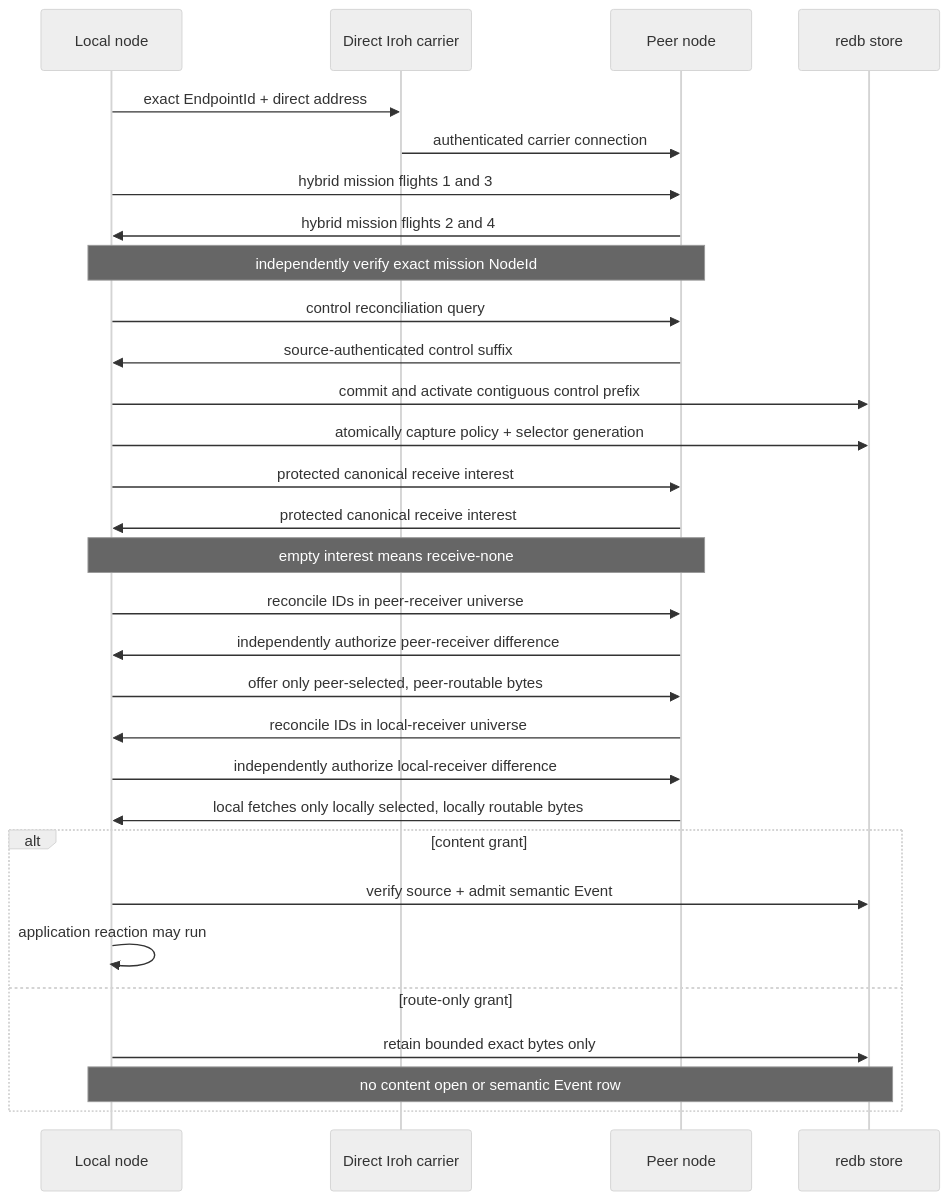
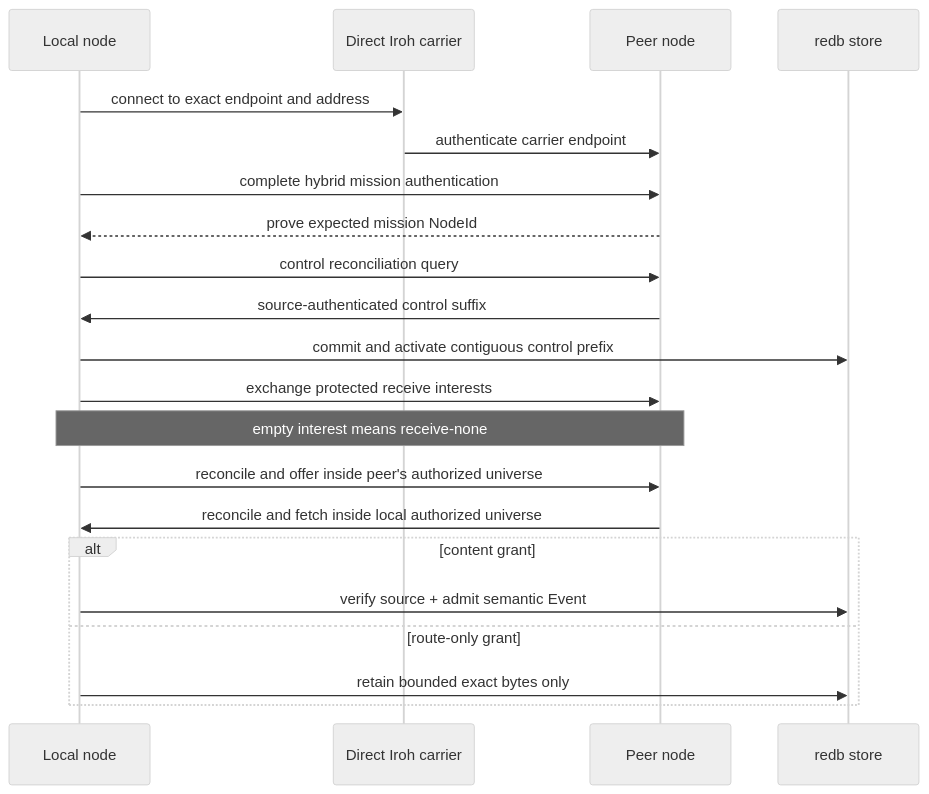
Before and after one commit to asirak-astertech/aster: the seventh of 8 diagrams in docs/architecture.md, drawn with Mermaid (neutral theme). The commit also changed other lines of this file and 12 other files, not shown here.

````diff
--- a/docs/architecture.md
+++ b/docs/architecture.md
@@ -380,33 +350,24 @@
 ```mermaid
 sequenceDiagram
     participant L as Local node
     participant C as Direct Iroh carrier
     participant P as Peer node
     participant S as redb store
 
-    L->>C: exact EndpointId + direct address
-    C->>P: authenticated carrier connection
-    L->>P: hybrid mission flights 1 and 3
-    P->>L: hybrid mission flights 2 and 4
-    Note over L,P: independently verify exact mission NodeId
+    L->>C: connect to exact endpoint and address
+    C->>P: authenticate carrier endpoint
+    L->>P: complete hybrid mission authentication
+    P-->>L: prove expected mission NodeId
     L->>P: control reconciliation query
     P->>L: source-authenticated control suffix
     L->>S: commit and activate contiguous control prefix
-    L->>S: atomically capture policy + selector generation
-    L->>P: protected canonical receive interest
-    P->>L: protected canonical receive interest
+    L->>P: exchange protected receive interests
     Note over L,P: empty interest means receive-none
-    L->>P: reconcile IDs in peer-receiver universe
-    P->>L: independently authorize peer-receiver difference
-    L->>P: offer only peer-selected, peer-routable bytes
-    P->>L: reconcile IDs in local-receiver universe
-    L->>P: independently authorize local-receiver difference
-    P->>L: local fetches only locally selected, locally routable bytes
+    L->>P: reconcile and offer inside peer's authorized universe
+    P->>L: reconcile and fetch inside local authorized universe
     alt content grant
         L->>S: verify source + admit semantic Event
-        L->>L: application reaction may run
     else route-only grant
         L->>S: retain bounded exact bytes only
-        Note over L,S: no content open or semantic Event row
     end
 ```
````
